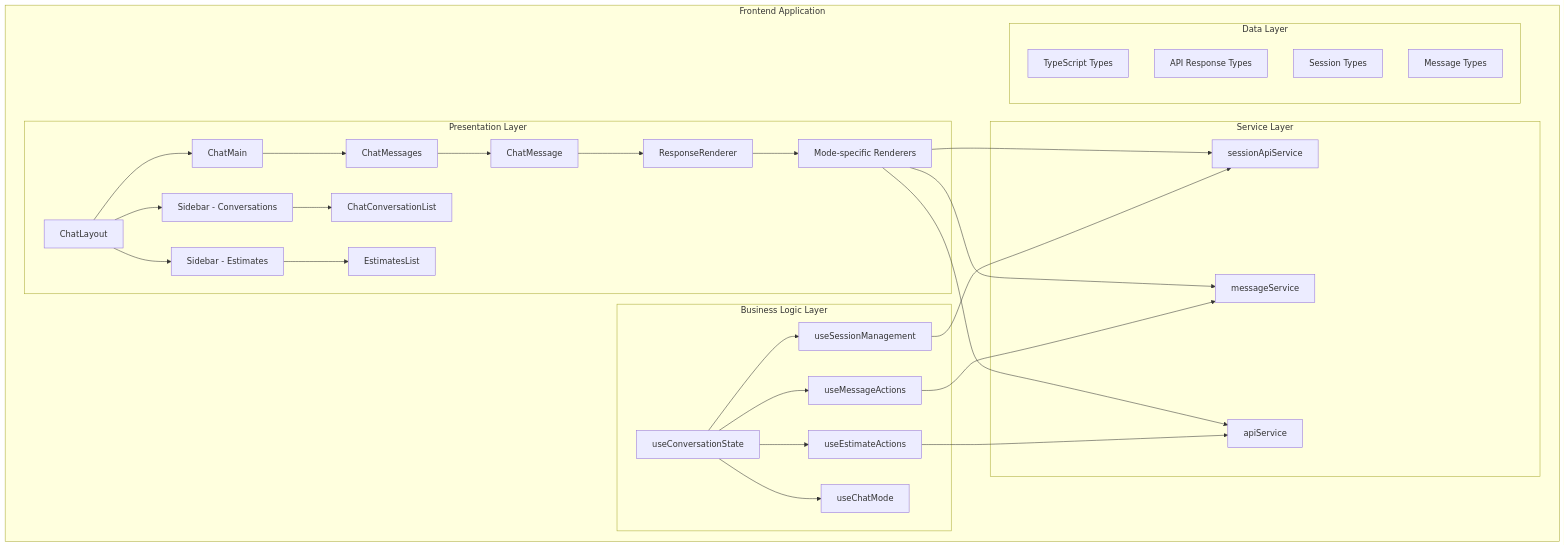
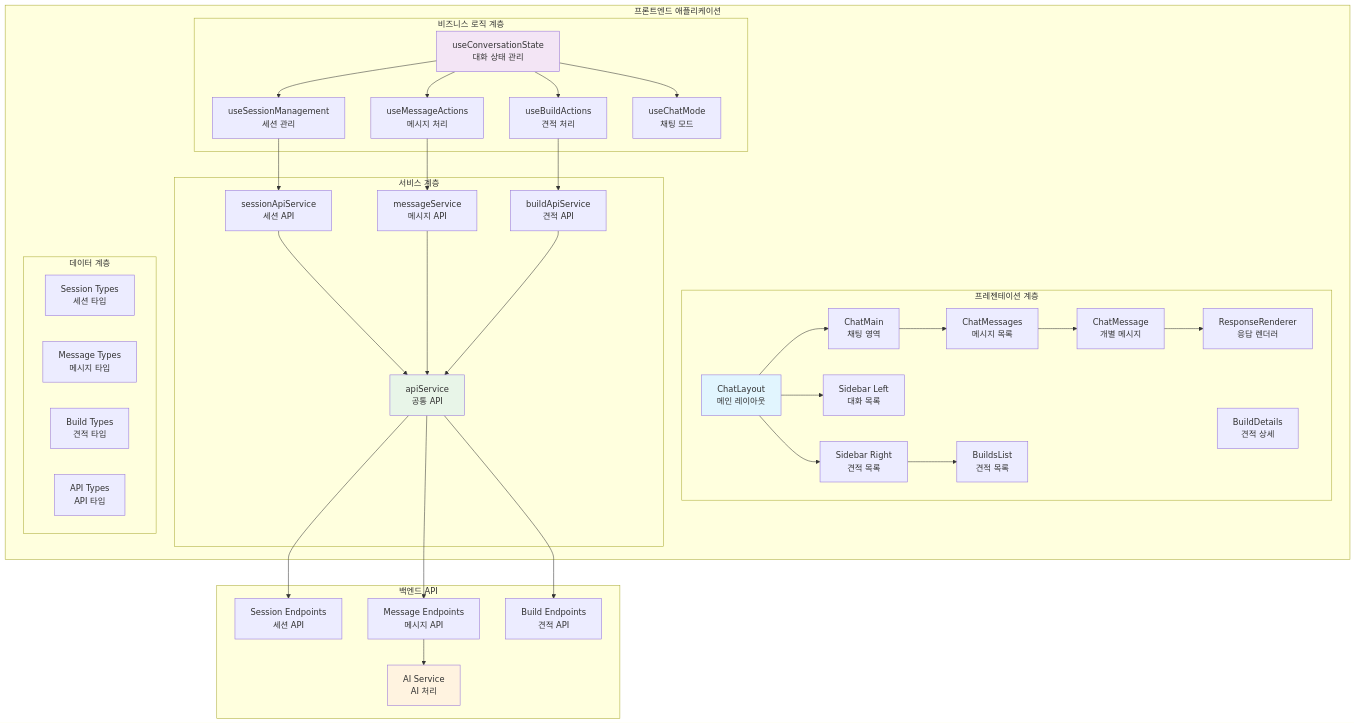
One commit to p0pular131/askspec-chat-assistant changed the first of 19 diagrams in docs/design-specification.md. Above: the diagram before and after it, drawn with Mermaid. The commit also changed other lines of this file, not shown here.

First line of the commit message:
Fix: Improve design spec diagrams and add estimate features

````diff
--- a/docs/design-specification.md
+++ b/docs/design-specification.md
@@ -30,44 +31,77 @@
 ```mermaid
 graph TB
-    subgraph "Frontend Application"
-        subgraph "Presentation Layer"
-            A[ChatLayout] --> B[ChatMain]
-            A --> C[Sidebar - Conversations]
-            A --> D[Sidebar - Estimates]
-            B --> E[ChatMessages]
-            E --> F[ChatMessage]
-            F --> G[ResponseRenderer]
-            G --> H[Mode-specific Renderers]
-            C --> I[ChatConversationList]
-            D --> J[EstimatesList]
+    subgraph "프론트엔드 애플리케이션"
+        subgraph "프레젠테이션 계층"
+            ChatLayout[ChatLayout<br/>메인 레이아웃]
+            ChatMain[ChatMain<br/>채팅 영역]
+            SidebarLeft[Sidebar Left<br/>대화 목록]
+            SidebarRight[Sidebar Right<br/>견적 목록]
+            ChatMessages[ChatMessages<br/>메시지 목록]
+            ChatMessage[ChatMessage<br/>개별 메시지]
+            ResponseRenderer[ResponseRenderer<br/>응답 렌더러]
+            BuildsList[BuildsList<br/>견적 목록]
+            BuildDetails[BuildDetails<br/>견적 상세]
         end
         
-        subgraph "Business Logic Layer"
-            K[useConversationState] --> L[useSessionManagement]
-            K --> M[useMessageActions]
-            K --> N[useEstimateActions]
-            K --> O[useChatMode]
+        subgraph "비즈니스 로직 계층"
+            ConversationState[useConversationState<br/>대화 상태 관리]
+            SessionManagement[useSessionManagement<br/>세션 관리]
+            MessageActions[useMessageActions<br/>메시지 처리]
+            BuildActions[useBuildActions<br/>견적 처리]
+            ChatMode[useChatMode<br/>채팅 모드]
         end
         
-        subgraph "Service Layer"
-            P[sessionApiService]
-            Q[messageService]
-            R[apiService]
+        subgraph "서비스 계층"
+            SessionAPI[sessionApiService<br/>세션 API]
+            MessageService[messageService<br/>메시지 API]
+            BuildService[buildApiService<br/>견적 API]
+            APIService[apiService<br/>공통 API]
         end
         
-        subgraph "Data Layer"
-            S[TypeScript Types]
-            T[API Response Types]
-            U[Session Types]
-            V[Message Types]
+        subgraph "데이터 계층"
+            SessionTypes[Session Types<br/>세션 타입]
+            MessageTypes[Message Types<br/>메시지 타입]
+            BuildTypes[Build Types<br/>견적 타입]
+            APITypes[API Types<br/>API 타입]
         end
     end
     
-    H --> P
-    H --> Q
-    H --> R
+    subgraph "백엔드 API"
+        SessionEndpoints[Session Endpoints<br/>세션 API]
+        MessageEndpoints[Message Endpoints<br/>메시지 API]
+        BuildEndpoints[Build Endpoints<br/>견적 API]
+        AIService[AI Service<br/>AI 처리]
+    end
     
-    L --> P
-    M --> Q
-    N --> R
+    ChatLayout --> ChatMain
+    ChatLayout --> SidebarLeft
+    ChatLayout --> SidebarRight
+    ChatMain --> ChatMessages
+    ChatMessages --> ChatMessage
+    ChatMessage --> ResponseRenderer
+    SidebarRight --> BuildsList
+    
+    ConversationState --> SessionManagement
+    ConversationState --> MessageActions
+    ConversationState --> BuildActions
+    ConversationState --> ChatMode
+    
+    SessionManagement --> SessionAPI
+    MessageActions --> MessageService
+    BuildActions --> BuildService
+    
+    SessionAPI --> APIService
+    MessageService --> APIService
+    BuildService --> APIService
+    
+    APIService --> SessionEndpoints
+    APIService --> MessageEndpoints
+    APIService --> BuildEndpoints
+    
+    MessageEndpoints --> AIService
+    
+    style ChatLayout fill:#e1f5fe
+    style ConversationState fill:#f3e5f5
+    style APIService fill:#e8f5e8
+    style AIService fill:#fff3e0
 ```
````
